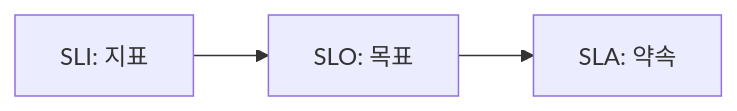
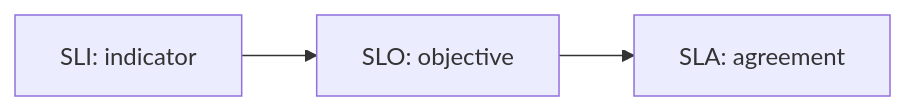
Before and after one commit to yeongseon-books/book-content: the diagram in content/sre-101/ko/03-sli-slo-sla.md, drawn with Mermaid. The commit also changed other lines of this file and 9 other files, not shown here.

````diff
--- a/content/sre-101/ko/03-sli-slo-sla.md
+++ b/content/sre-101/ko/03-sli-slo-sla.md
@@ -47,5 +53,5 @@
 ```mermaid
 flowchart LR
-    SLI["SLI: 지표"] --> SLO["SLO: 목표"]
-    SLO --> SLA["SLA: 약속"]
+    SLI["SLI: indicator"] --> SLO["SLO: objective"]
+    SLO --> SLA["SLA: agreement"]
 ```
````
